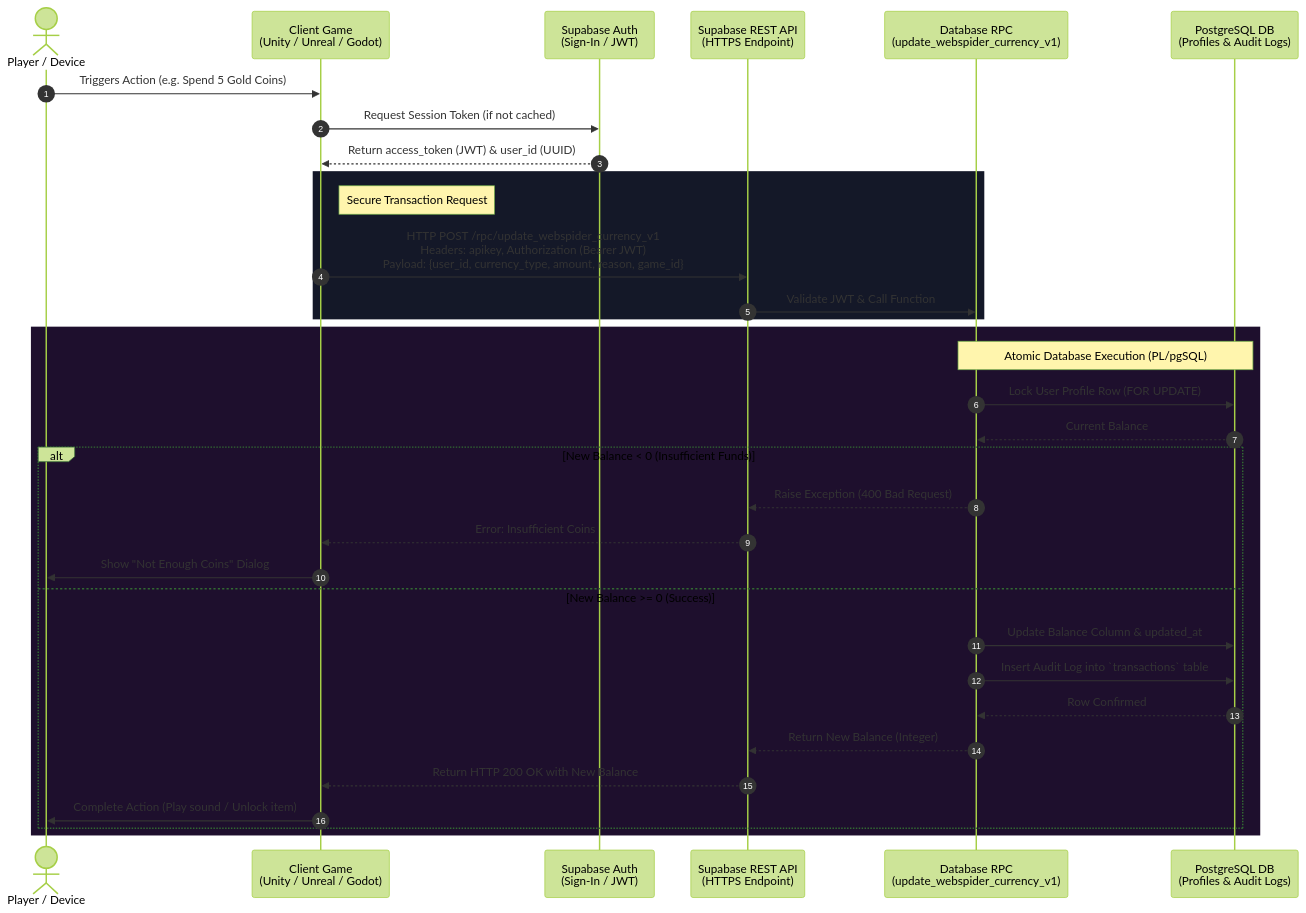
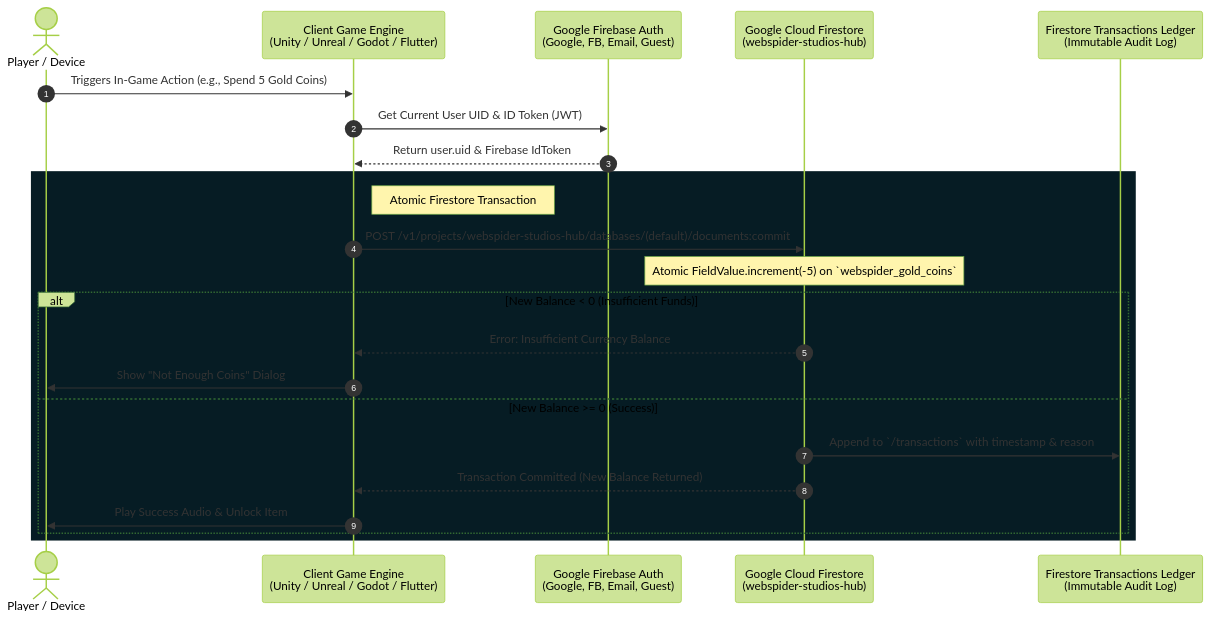
One commit to VR-WebSpider/aqua-sort-flutter changed the diagram in Implementation Plan Task Walkthrough MD/WebSpider Studios - Universal Currency Integration Guide With Visual Graph.md. Above: the diagram before and after it, drawn with Mermaid (forest theme). The commit also changed other lines of this file and 76 other files, not shown here.

Commit message:
feat(firebase): migrate auth and database to Firebase/Firestore and update integration guides

````diff
--- a/Implementation Plan Task Walkthrough MD/WebSpider Studios - Universal Currency Integration Guide With Visual Graph.md
+++ b/Implementation Plan Task Walkthrough MD/WebSpider Studios - Universal Currency Integration Guide With Visual Graph.md
@@ -11,38 +9,27 @@
 ```mermaid
 sequenceDiagram
     autonumber
     actor Player as Player / Device
-    participant Client as Client Game<br/>(Unity / Unreal / Godot)
-    participant Auth as Supabase Auth<br/>(Sign-In / JWT)
-    participant API as Supabase REST API<br/>(HTTPS Endpoint)
-    participant RPC as Database RPC<br/>(update_webspider_currency_v1)
-    participant DB as PostgreSQL DB<br/>(Profiles & Audit Logs)
+    participant Client as Client Game Engine<br/>(Unity / Unreal / Godot / Flutter)
+    participant Auth as Google Firebase Auth<br/>(Google, FB, Email, Guest)
+    participant Firestore as Google Cloud Firestore<br/>(webspider-studios-hub)
+    participant Ledger as Firestore Transactions Ledger<br/>(Immutable Audit Log)
 
-    Player->>Client: Triggers Action (e.g. Spend 5 Gold Coins)
-    Client->>Auth: Request Session Token (if not cached)
-    Auth-->>Client: Return access_token (JWT) & user_id (UUID)
+    Player->>Client: Triggers In-Game Action (e.g., Spend 5 Gold Coins)
+    Client->>Auth: Get Current User UID & ID Token (JWT)
+    Auth-->>Client: Return user.uid & Firebase IdToken
     
-    rect rgb(20, 24, 40)
-        Note right of Client: Secure Transaction Request
-        Client->>API: HTTP POST /rpc/update_webspider_currency_v1<br/>Headers: apikey, Authorization (Bearer JWT)<br/>Payload: {user_id, currency_type, amount, reason, game_id}
-        API->>RPC: Validate JWT & Call Function
-    end
-
-    rect rgb(30, 15, 45)
-        Note over RPC,DB: Atomic Database Execution (PL/pgSQL)
-        RPC->>DB: Lock User Profile Row (FOR UPDATE)
-        DB-->>RPC: Current Balance
+    rect rgb(6, 28, 36)
+        Note right of Client: Atomic Firestore Transaction
+        Client->>Firestore: POST /v1/projects/webspider-studios-hub/databases/(default)/documents:commit
+        Note over Firestore: Atomic FieldValue.increment(-5) on `webspider_gold_coins`
         alt New Balance < 0 (Insufficient Funds)
-            RPC-->>API: Raise Exception (400 Bad Request)
-            API-->>Client: Error: Insufficient Coins
+            Firestore-->>Client: Error: Insufficient Currency Balance
             Client->>Player: Show "Not Enough Coins" Dialog
         else New Balance >= 0 (Success)
-            RPC->>DB: Update Balance Column & updated_at
-            RPC->>DB: Insert Audit Log into `transactions` table
-            DB-->>RPC: Row Confirmed
-            RPC-->>API: Return New Balance (Integer)
-            API-->>Client: Return HTTP 200 OK with New Balance
-            Client->>Player: Complete Action (Play sound / Unlock item)
+            Firestore->>Ledger: Append to `/transactions` with timestamp & reason
+            Firestore-->>Client: Transaction Committed (New Balance Returned)
+            Client->>Player: Play Success Audio & Unlock Item
         end
     end
 ```
````
